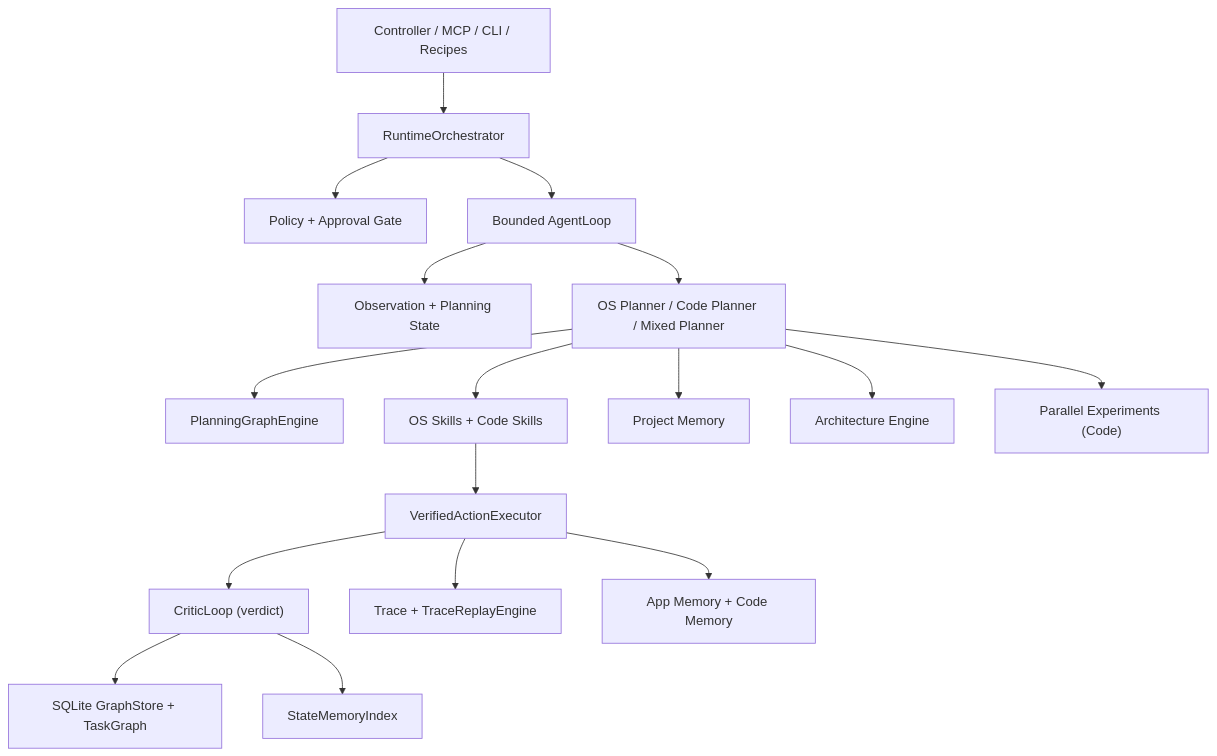
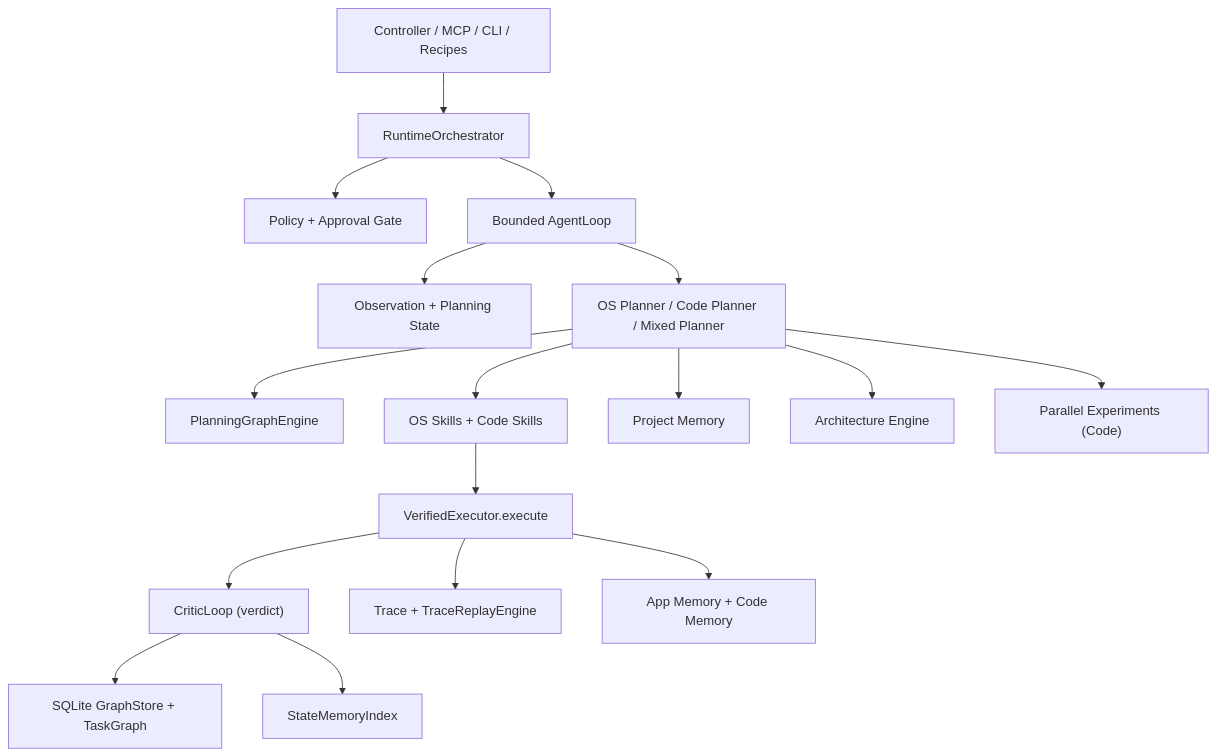
One commit to dawsonblock/Oracle-OS changed the diagram in README.md. Above: the diagram before and after it, drawn with Mermaid. The commit also changed other lines of this file and 11 other files, not shown here.

````diff
--- a/README.md
+++ b/README.md
@@ -92,19 +92,19 @@
 ```mermaid
 graph TD
     Surface["Controller / MCP / CLI / Recipes"] --> Runtime["RuntimeOrchestrator"]
     Runtime --> Policy["Policy + Approval Gate"]
     Runtime --> Loop["Bounded AgentLoop"]
     Loop --> Observation["Observation + Planning State"]
     Loop --> Planner["OS Planner / Code Planner / Mixed Planner"]
     Planner --> PG["PlanningGraphEngine"]
     Planner --> Skills["OS Skills + Code Skills"]
-    Skills --> Exec["VerifiedActionExecutor"]
+    Skills --> Exec["VerifiedExecutor.execute"]
     Exec --> Critic["CriticLoop (verdict)"]
     Critic --> Graph["SQLite GraphStore + TaskGraph"]
     Critic --> SM["StateMemoryIndex"]
     Exec --> Trace["Trace + TraceReplayEngine"]
     Exec --> Memory["App Memory + Code Memory"]
     Planner --> PM["Project Memory"]
     Planner --> Arch["Architecture Engine"]
     Planner --> Exp["Parallel Experiments (Code)"]
 ```
````
